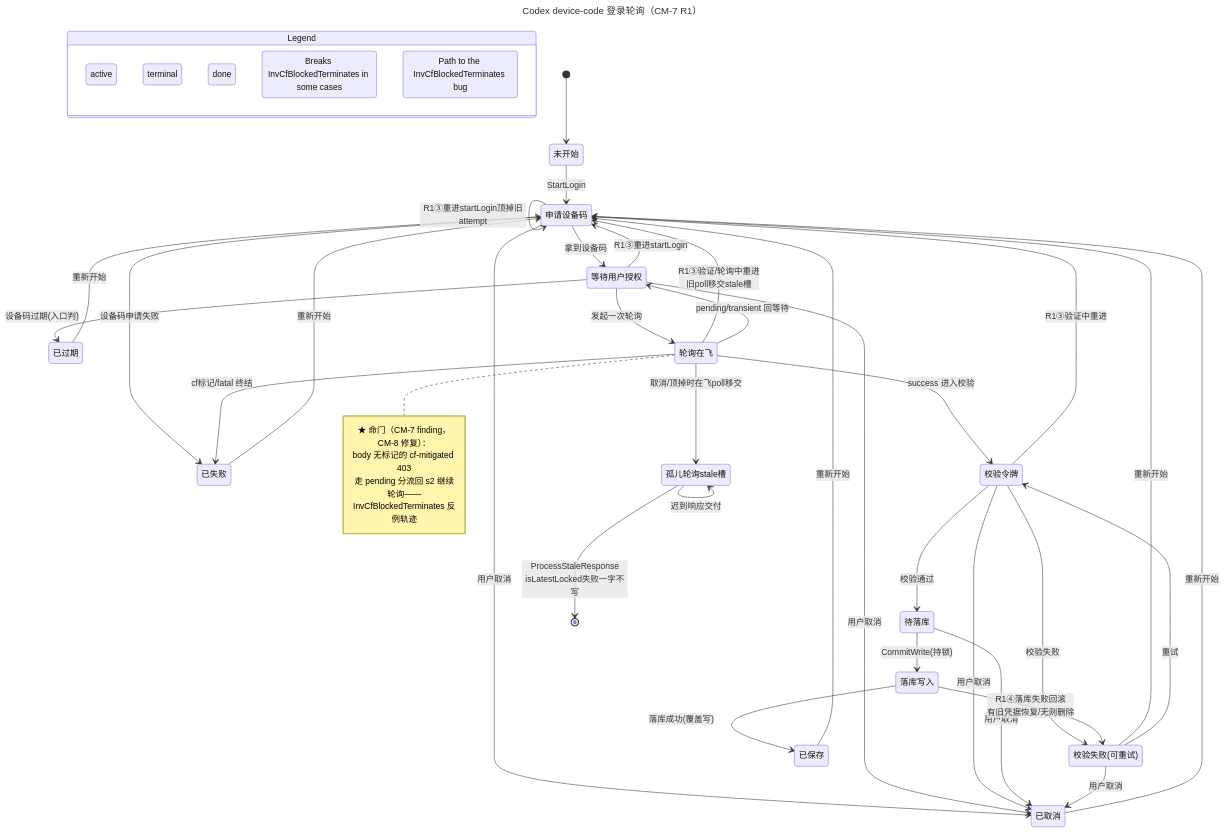
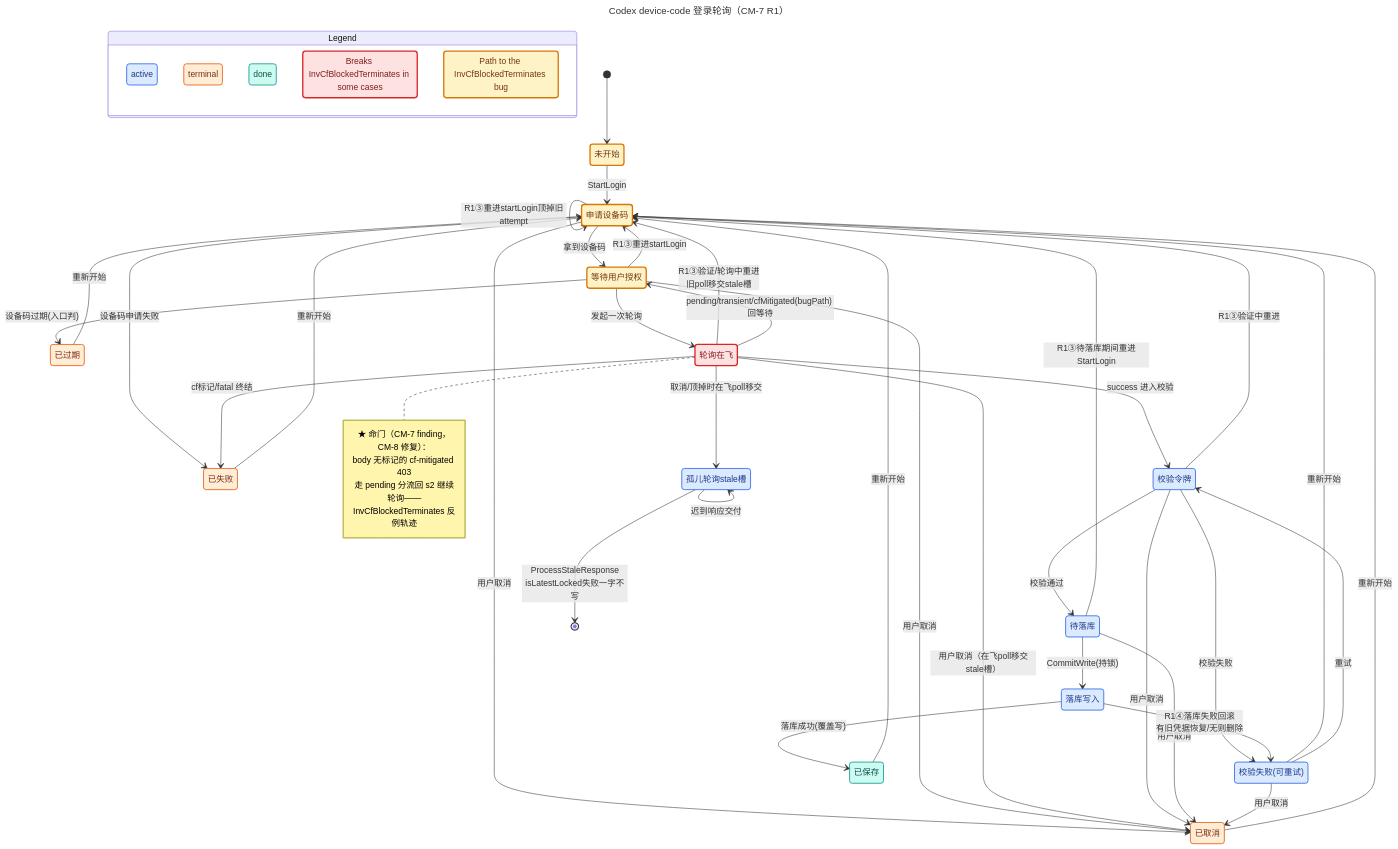
The diagram in docs/formal/device-code-oauth.mmd (KyoMio/CodexMeter), drawn with Mermaid before and after one commit. The commit also changed 53 other files, not shown here.

```diff
--- a/docs/formal/device-code-oauth.mmd
+++ b/docs/formal/device-code-oauth.mmd
@@ -1,80 +1,88 @@
 ---
 title: "Codex device-code 登录轮询（CM-7 R1）"
 ---
 stateDiagram-v2
+  classDef blue fill:#dbeafe,stroke:#2563eb,stroke-width:1.5px,color:#1e3a8a
+  classDef orange fill:#ffedd5,stroke:#ea580c,stroke-width:1.5px,color:#7c2d12
+  classDef teal fill:#ccfbf1,stroke:#0d9488,stroke-width:1.5px,color:#134e4a
+  classDef mayBreak fill:#fee2e2,stroke:#dc2626,stroke-width:2.5px,color:#7f1d1d
+  classDef bugPath fill:#fef3c7,stroke:#d97706,stroke-width:2.5px,color:#78350f
+
   state "Legend" as legend {
     lg0: active
     lg1: terminal
     lg2: done
     lg3: Breaks InvCfBlockedTerminates in some cases
     lg4: Path to the InvCfBlockedTerminates bug
   }
   class lg0 blue
   class lg1 orange
   class lg2 teal
   class lg3 mayBreak
   class lg4 bugPath
   s0: 未开始
   s1: 申请设备码
   s2: 等待用户授权
   s3: 已取消
   s4: 已失败
   s5: 已过期
   s6: 轮询在飞
   s7: 校验令牌
   s8: 待落库
   s9: 校验失败(可重试)
   s10: 落库写入
   s11: 已保存
   s12: 孤儿轮询stale槽
   [*] --> s0
   s0 --> s1: StartLogin
   s1 --> s2: 拿到设备码
   s1 --> s3: 用户取消
   s1 --> s4: 设备码申请失败
   s1 --> s1: R1③重进startLogin顶掉旧attempt
   s2 --> s3: 用户取消
   s2 --> s5: 设备码过期(入口判)
   s2 --> s6: 发起一次轮询
   s2 --> s1: R1③重进startLogin
   s3 --> s1: 重新开始
   s4 --> s1: 重新开始
   s5 --> s1: 重新开始
   s6 --> s1: R1③验证/轮询中重进<br/>旧poll移交stale槽
-  s6 --> s2: pending/transient 回等待
+  s6 --> s2: pending/transient/cfMitigated(bugPath) 回等待
+  s6 --> s3: 用户取消（在飞poll移交stale槽）
   s6 --> s4: cf标记/fatal 终结
   s6 --> s7: success 进入校验
   s7 --> s1: R1③验证中重进
   s7 --> s3: 用户取消
   s7 --> s8: 校验通过
   s7 --> s9: 校验失败
+  s8 --> s1: R1③待落库期间重进StartLogin
   s8 --> s3: 用户取消
   s8 --> s10: CommitWrite(持锁)
   s9 --> s1: 重新开始
   s9 --> s3: 用户取消
   s9 --> s7: 重试
   s10 --> s11: 落库成功(覆盖写)
   s10 --> s9: R1④落库失败回滚<br/>有旧凭据恢复/无则删除
   s11 --> s1: 重新开始
   s6 --> s12: 取消/顶掉时在飞poll移交
   s12 --> s12: 迟到响应交付
   s12 --> [*]: ProcessStaleResponse<br/>isLatestLocked失败一字不写
-  class s0 blue
-  class s1 blue
-  class s2 blue
-  class s6 blue
+  class s0 bugPath
+  class s1 bugPath
+  class s2 bugPath
+  class s6 mayBreak
   class s7 blue
   class s8 blue
   class s9 blue
   class s10 blue
+  class s12 blue
   class s3 orange
   class s4 orange
   class s5 orange
   class s11 teal
-  class s12 mayBreak
   note right of s6
     ★ 命门（CM-7 finding，CM-8 修复）：
     body 无标记的 cf-mitigated 403
     走 pending 分流回 s2 继续轮询——
     InvCfBlockedTerminates 反例轨迹
   end note
```
